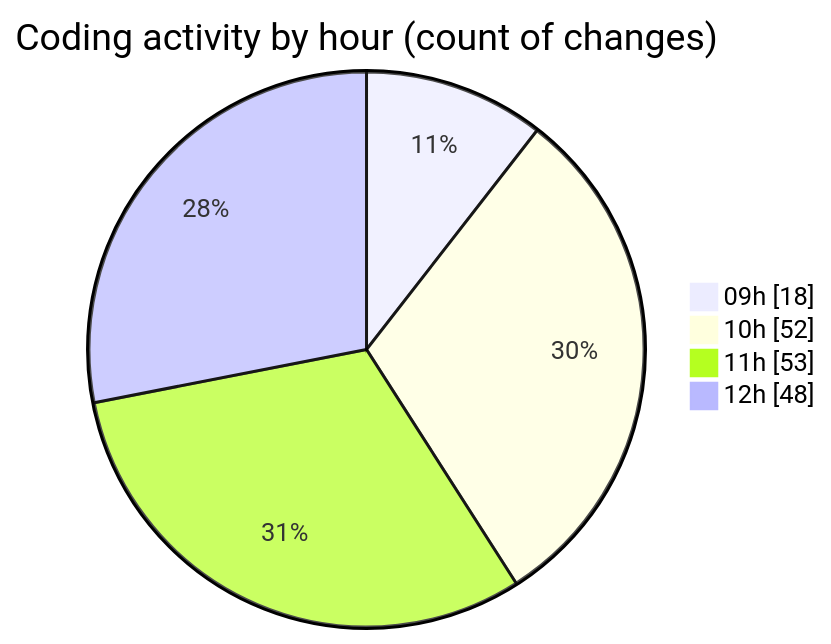
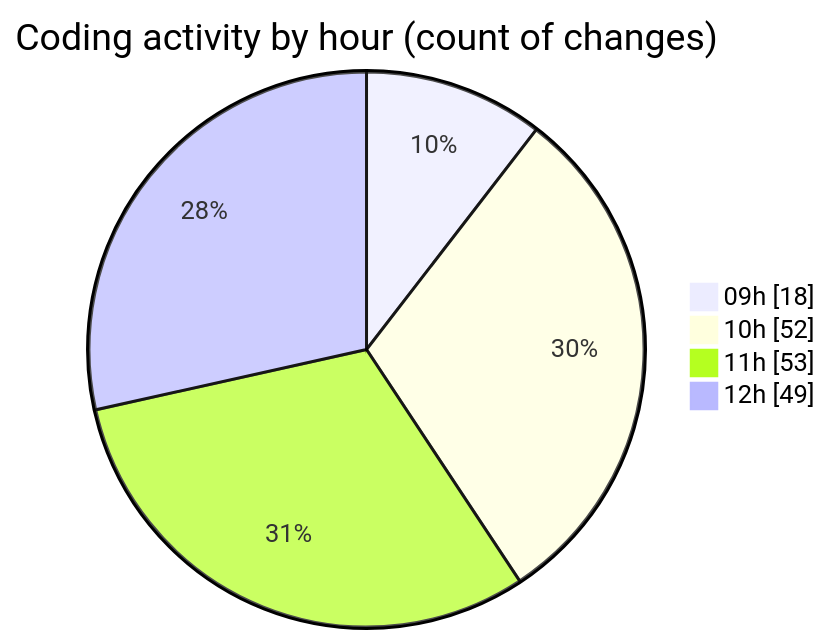
Before and after one commit to momahboobian/code-tracking: the second of 2 diagrams in 2025-03-21/cda/README.md, drawn with Mermaid. The commit also changed other lines of this file and 1 other file, not shown here.

````diff
--- a/2025-03-21/cda/README.md
+++ b/2025-03-21/cda/README.md
@@ -42,8 +43,8 @@
 ```mermaid
 pie showData
 title Coding activity by hour (count of changes)
 "09h" : 18
 "10h" : 52
 "11h" : 53
-"12h" : 48
+"12h" : 49
 ```
````
